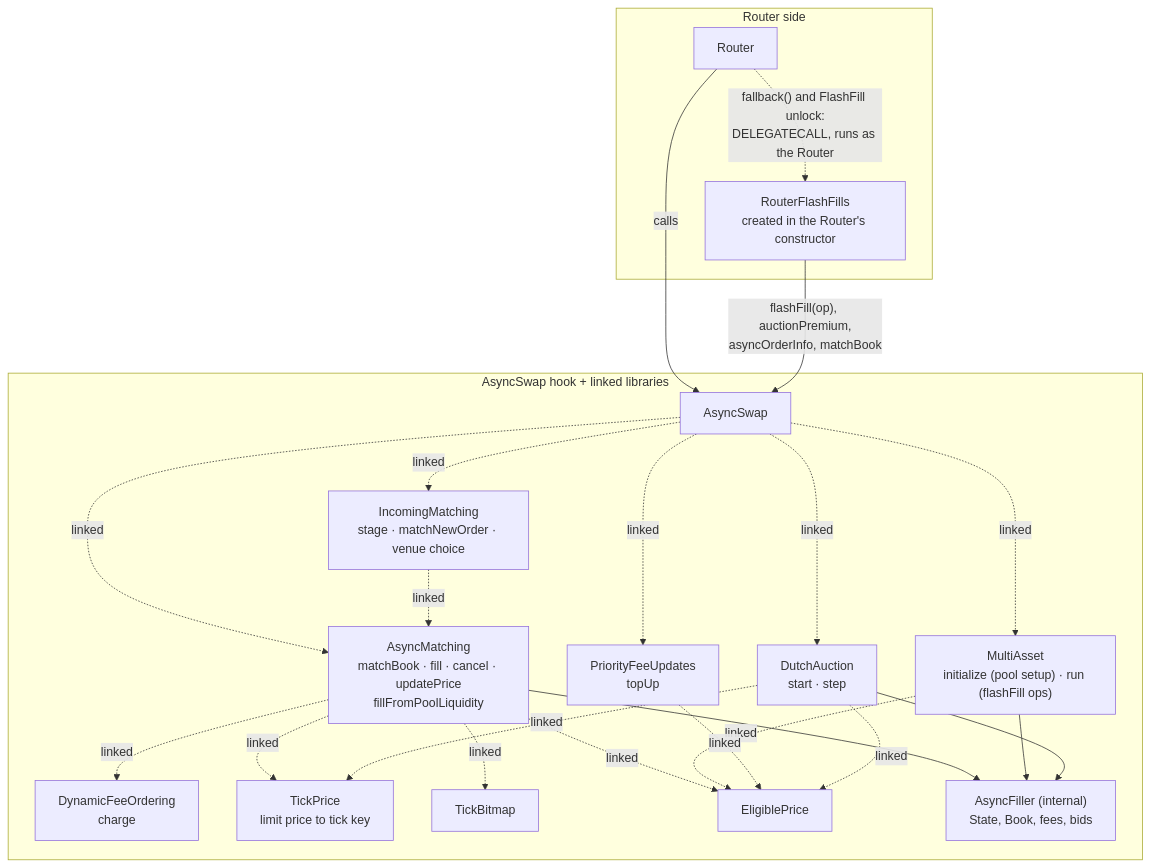
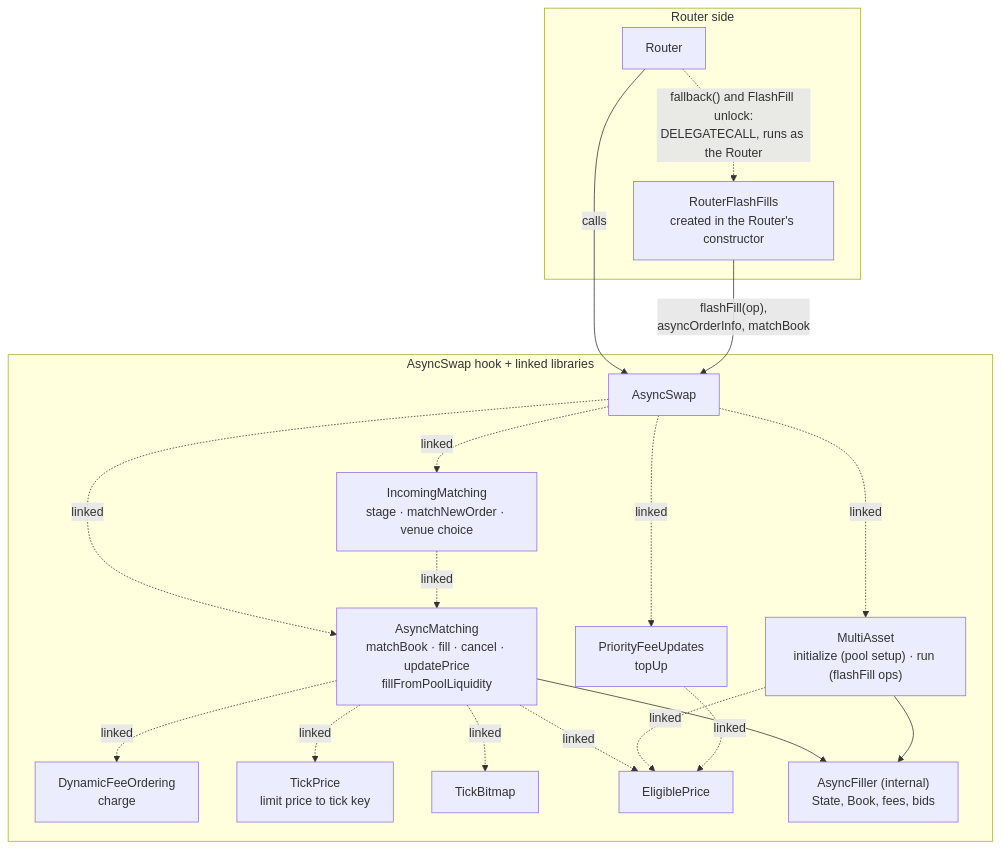
One commit to asyncswap/contracts changed the fifth of 6 diagrams in docs/protocol.md. Above: the diagram before and after it, drawn with Mermaid. The commit also changed other lines of this file and 29 other files, not shown here.

First line of the commit message:
Remove Dutch auctions; Solar-safe test cheatcodes; flash-fill invariants

````diff
--- a/docs/protocol.md
+++ b/docs/protocol.md
@@ -227,43 +226,38 @@
 ```mermaid
 flowchart TB
     subgraph RouterSide["Router side"]
         Router["Router"]
         RFF["RouterFlashFills<br/>created in the Router's constructor"]
         Router -.->|"fallback() and FlashFill unlock:<br/>DELEGATECALL, runs as the Router"| RFF
     end
 
     subgraph HookSide["AsyncSwap hook + linked libraries"]
         Hook["AsyncSwap"]
         IM["IncomingMatching<br/>stage · matchNewOrder · venue choice"]
         AM["AsyncMatching<br/>matchBook · fill · cancel · updatePrice<br/>fillFromPoolLiquidity"]
         MA["MultiAsset<br/>initialize (pool setup) · run (flashFill ops)"]
-        DA["DutchAuction<br/>start · step"]
         PFU["PriorityFeeUpdates<br/>topUp"]
         DFO["DynamicFeeOrdering<br/>charge"]
         TP["TickPrice<br/>limit price to tick key"]
         TB["TickBitmap"]
         EP["EligiblePrice"]
         AF["AsyncFiller (internal)<br/>State, Book, fees, bids"]
 
         Hook -.->|linked| IM
         Hook -.->|linked| AM
         Hook -.->|linked| MA
-        Hook -.->|linked| DA
         Hook -.->|linked| PFU
         IM -.->|linked| AM
         AM -.->|linked| DFO
         AM -.->|linked| TP
         AM -.->|linked| TB
         AM -.->|linked| EP
         MA -.->|linked| EP
         PFU -.->|linked| EP
-        DA -.->|linked| TP
-        DA -.->|linked| EP
         AM --> AF
         MA --> AF
-        DA --> AF
     end
 
     Router -->|calls| Hook
-    RFF -->|"flashFill(op), auctionPremium,<br/>asyncOrderInfo, matchBook"| Hook
+    RFF -->|"flashFill(op),<br/>asyncOrderInfo, matchBook"| Hook
 ```
````
